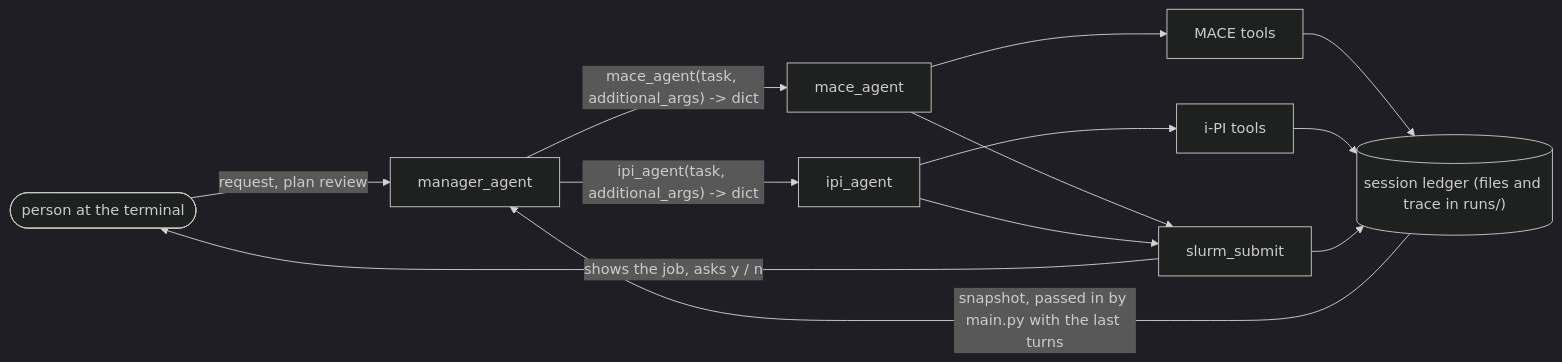
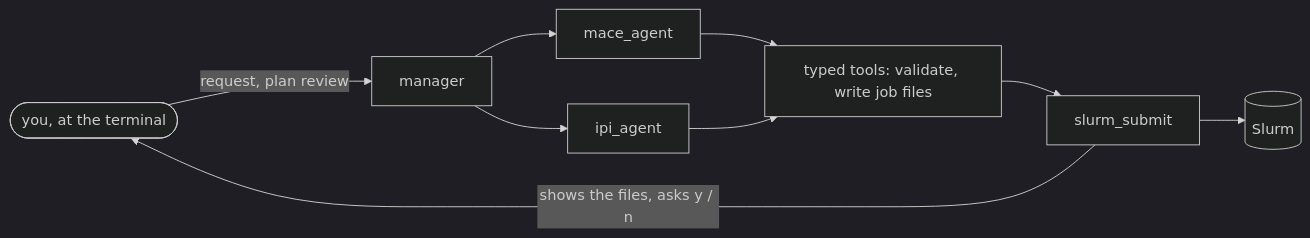
One commit to Ssbban/smolagents_project changed the diagram in README.md. Above: the diagram before and after it, drawn with Mermaid (dark theme). The commit also changed other lines of this file and 3 other files, not shown here.

````diff
--- a/README.md
+++ b/README.md
@@ -20,12 +99,10 @@
 ```mermaid
 flowchart LR
-    P([person at the terminal]) -- request, plan review --> M[manager_agent]
-    M -- "mace_agent(task, additional_args) -> dict" --> A[mace_agent]
-    M -- "ipi_agent(task, additional_args) -> dict" --> B[ipi_agent]
-    A --> T1[MACE tools]
-    B --> T2[i-PI tools]
-    A & B --> S[slurm_submit]
-    S -- "shows the job, asks y / n" --> P
-    T1 & T2 & S --> L[("session ledger (files and trace in runs/)")]
-    L -- "snapshot, passed in by main.py with the last turns" --> M
+    P([you, at the terminal]) -- request, plan review --> M[manager]
+    M --> A[mace_agent]
+    M --> B[ipi_agent]
+    A & B --> T[typed tools: validate, write job files]
+    T --> S[slurm_submit]
+    S -- "shows the files, asks y / n" --> P
+    S --> Q[(Slurm)]
 ```
````
